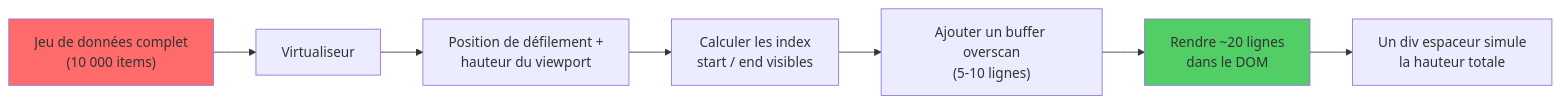
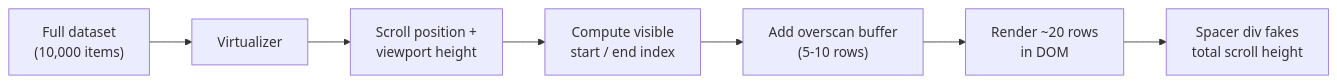
Before and after one commit to BabaScience/react-guides: the fourth of 5 diagrams in arguments/chapters/fr/09-performance-optimization.md, drawn with Mermaid. The commit also changed other lines of this file and 29 other files, not shown here.

First line of the commit message:
Bring React FR/IT translations to full English parity + theme-safe diagrams

````diff
--- a/arguments/chapters/fr/09-performance-optimization.md
+++ b/arguments/chapters/fr/09-performance-optimization.md
@@ -182,12 +1177,10 @@
 ```mermaid
 flowchart LR
-    A["Jeu de données complet<br/>(10 000 items)"] --> B["Virtualiseur"]
-    B --> C["Position de défilement +<br/>hauteur du viewport"]
-    C --> D["Calculer les index<br/>start / end visibles"]
-    D --> E["Ajouter un buffer overscan<br/>(5-10 lignes)"]
-    E --> F["Rendre ~20 lignes<br/>dans le DOM"]
-    F --> G["Un div espaceur simule<br/>la hauteur totale"]
+    A["Full dataset<br/>(10,000 items)"] --> B["Virtualizer"]
+    B --> C["Scroll position +<br/>viewport height"]
+    C --> D["Compute visible<br/>start / end index"]
+    D --> E["Add overscan buffer<br/>(5-10 rows)"]
+    E --> F["Render ~20 rows<br/>in DOM"]
+    F --> G["Spacer div fakes<br/>total scroll height"]
 
-    style A fill:#ff6b6b
-    style F fill:#51cf66
 ```
````
